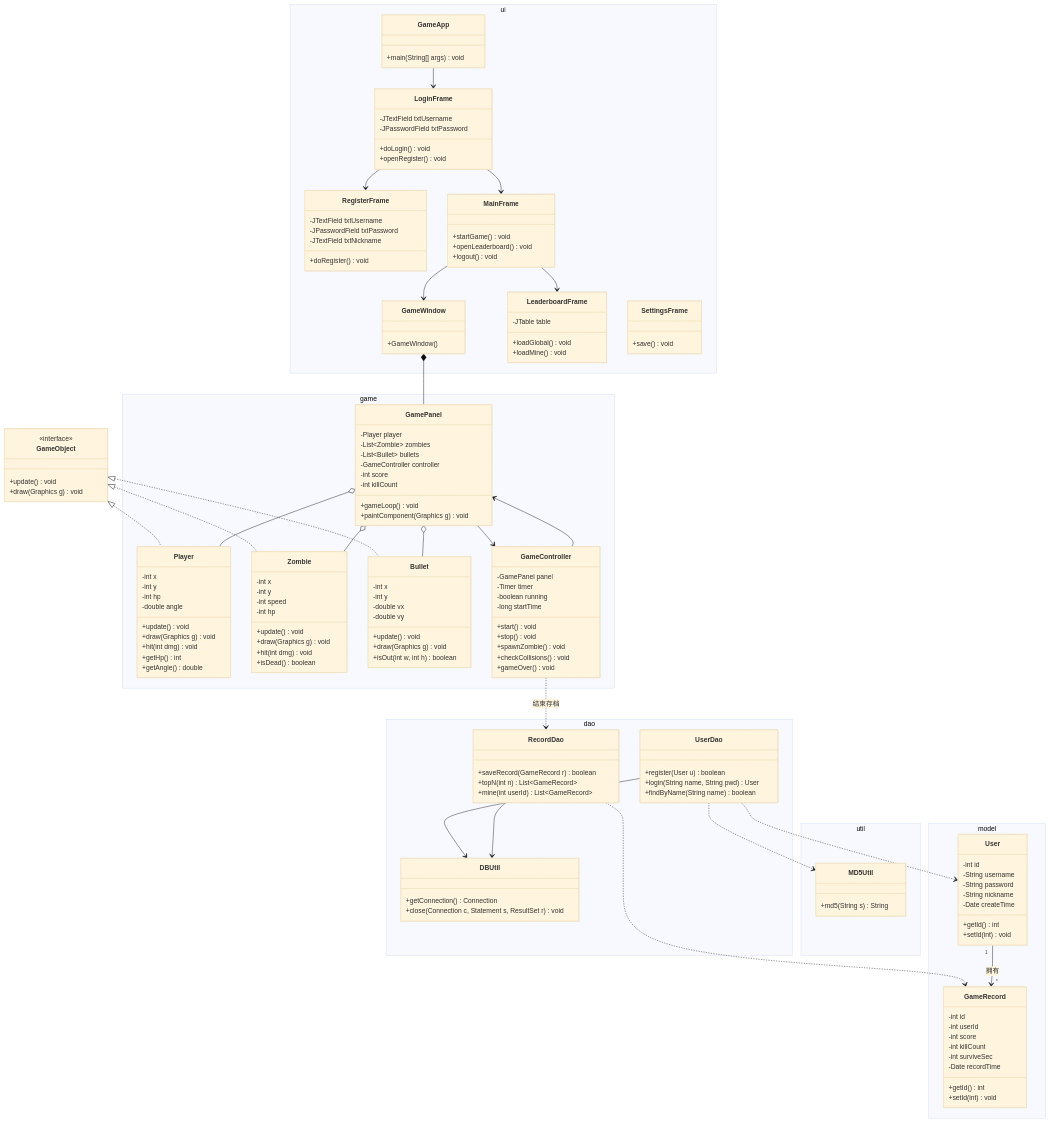
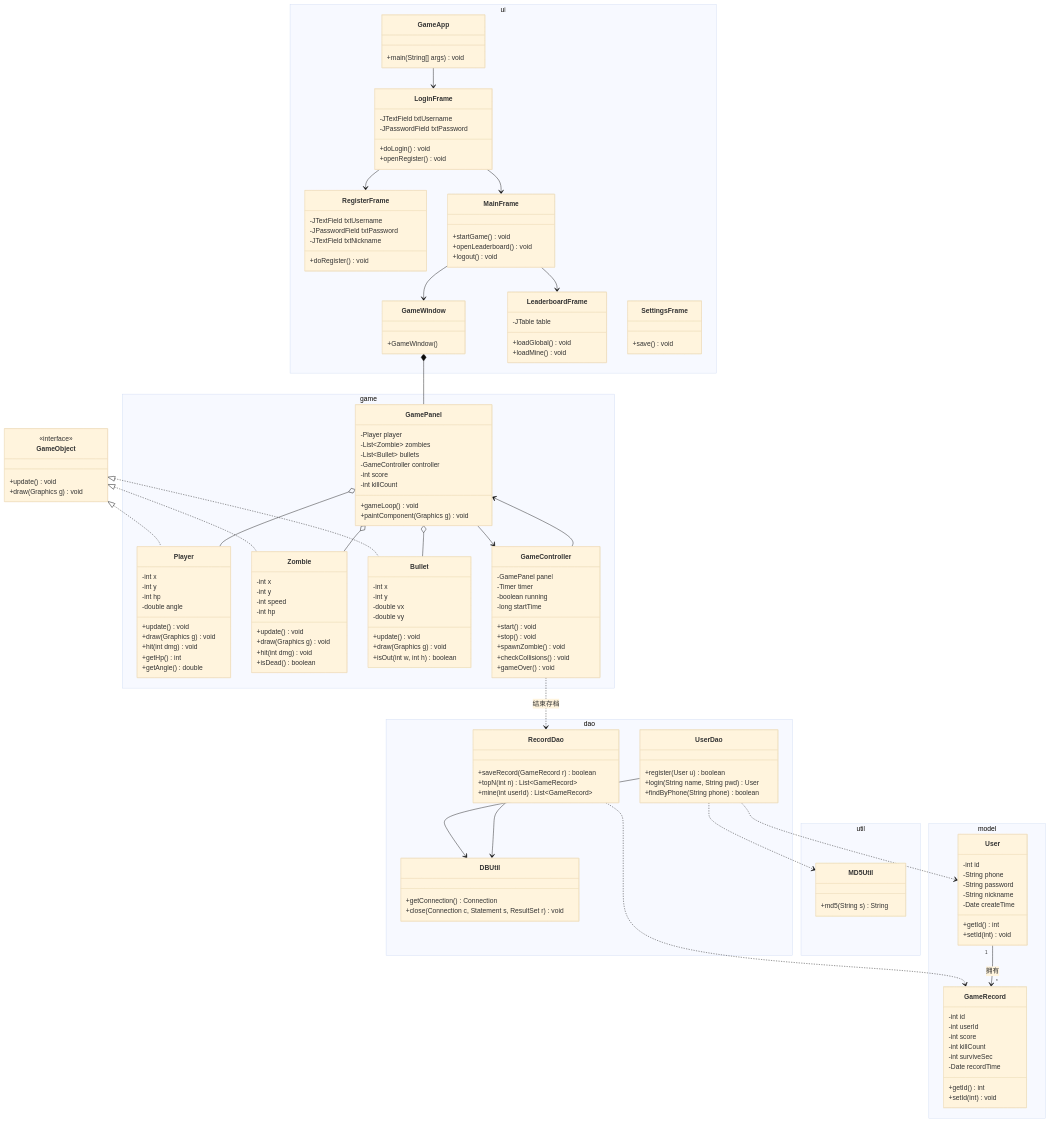
Before and after one commit to learnerCodeZ/javagame-zombie-shooter: the second of 12 diagrams in docs/详细设计说明书.md, drawn with Mermaid (base theme). The commit also changed other lines of this file and 19 other files, not shown here.

Commit message:
登录标识改手机号: username→phone(11位数字,注册/登录/忘记密码校验+输入框限11位) + 迁移v1.3 + 文档/复盘同步

```diff
--- a/docs/详细设计说明书.md
+++ b/docs/详细设计说明书.md
@@ -181,7 +181,7 @@
     namespace model {
         class User {
             -int id
-            -String username
+            -String phone
             -String password
             -String nickname
             -Date createTime
@@ -208,7 +208,7 @@
         class UserDao {
             +register(User u) boolean
             +login(String name, String pwd) User
-            +findByName(String name) boolean
+            +findByPhone(String phone) boolean
         }
         class RecordDao {
             +saveRecord(GameRecord r) boolean
```
